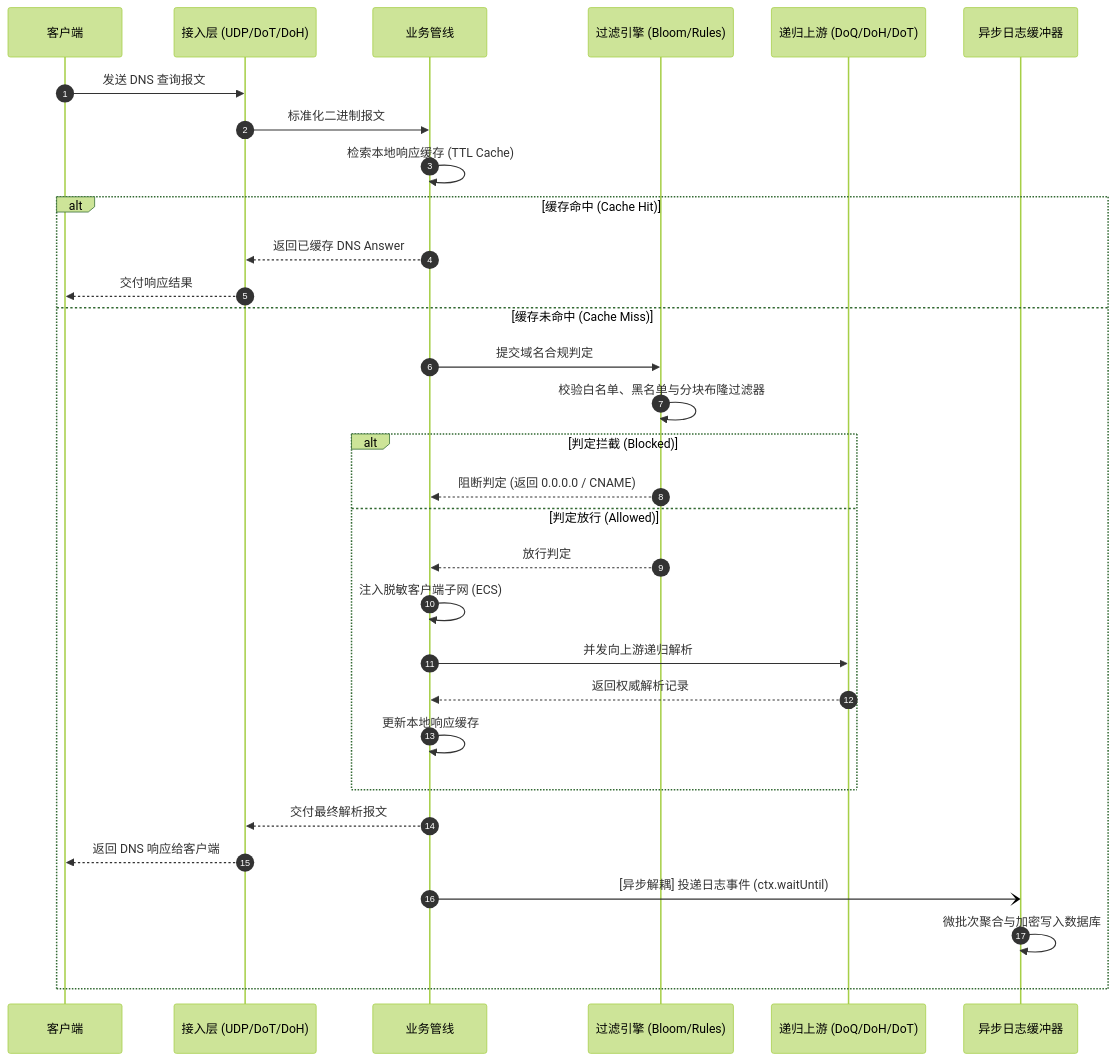
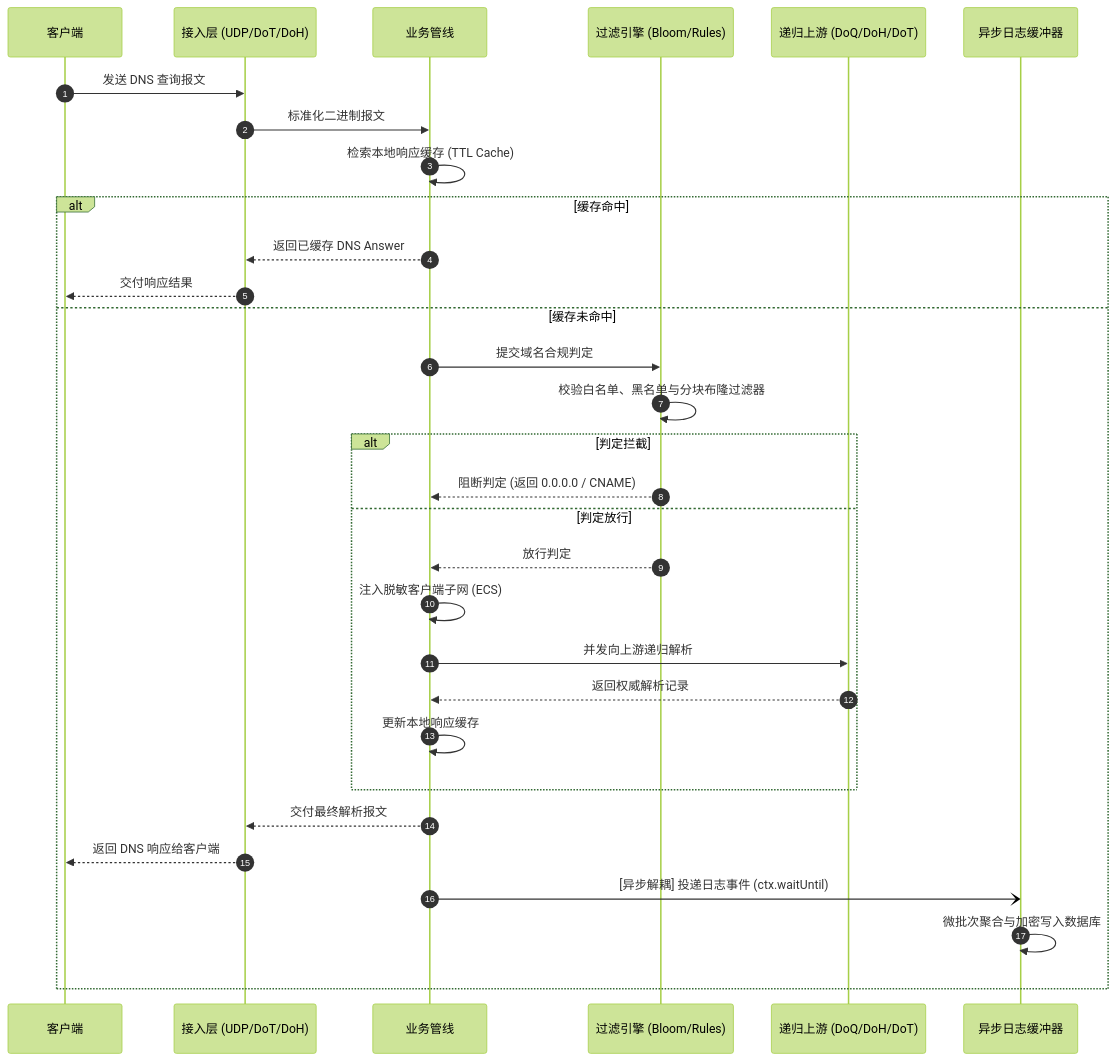
The second of 5 diagrams in docs/src/content/docs/zh-cn/architecture/overview.mdx (Obein/DNS-Worker), drawn with Mermaid (forest theme) before and after one commit. The commit also changed other lines of this file and 18 other files, not shown here.

````diff
--- a/docs/src/content/docs/zh-cn/architecture/overview.mdx
+++ b/docs/src/content/docs/zh-cn/architecture/overview.mdx
@@ -174,34 +174,34 @@
 ```mermaid
 sequenceDiagram
     autonumber
     participant Client as 客户端
     participant Ingress as 接入层 (UDP/DoT/DoH)
     participant Pipeline as 业务管线
     participant Filter as 过滤引擎 (Bloom/Rules)
     participant Upstream as 递归上游 (DoQ/DoH/DoT)
     participant Batcher as 异步日志缓冲器
 
     Client->>Ingress: 发送 DNS 查询报文
     Ingress->>Pipeline: 标准化二进制报文
     Pipeline->>Pipeline: 检索本地响应缓存 (TTL Cache)
-    alt 缓存命中 (Cache Hit)
+    alt 缓存命中
         Pipeline-->>Ingress: 返回已缓存 DNS Answer
         Ingress-->>Client: 交付响应结果
-    else 缓存未命中 (Cache Miss)
+    else 缓存未命中
         Pipeline->>Filter: 提交域名合规判定
         Filter->>Filter: 校验白名单、黑名单与分块布隆过滤器
-        alt 判定拦截 (Blocked)
+        alt 判定拦截
             Filter-->>Pipeline: 阻断判定 (返回 0.0.0.0 / CNAME)
-        else 判定放行 (Allowed)
+        else 判定放行
             Filter-->>Pipeline: 放行判定
             Pipeline->>Pipeline: 注入脱敏客户端子网 (ECS)
             Pipeline->>Upstream: 并发向上游递归解析
             Upstream-->>Pipeline: 返回权威解析记录
             Pipeline->>Pipeline: 更新本地响应缓存
         end
         Pipeline-->>Ingress: 交付最终解析报文
         Ingress-->>Client: 返回 DNS 响应给客户端
         Pipeline-)Batcher: [异步解耦] 投递日志事件 (ctx.waitUntil)
         Batcher->>Batcher: 微批次聚合与加密写入数据库
     end
 ```
````
